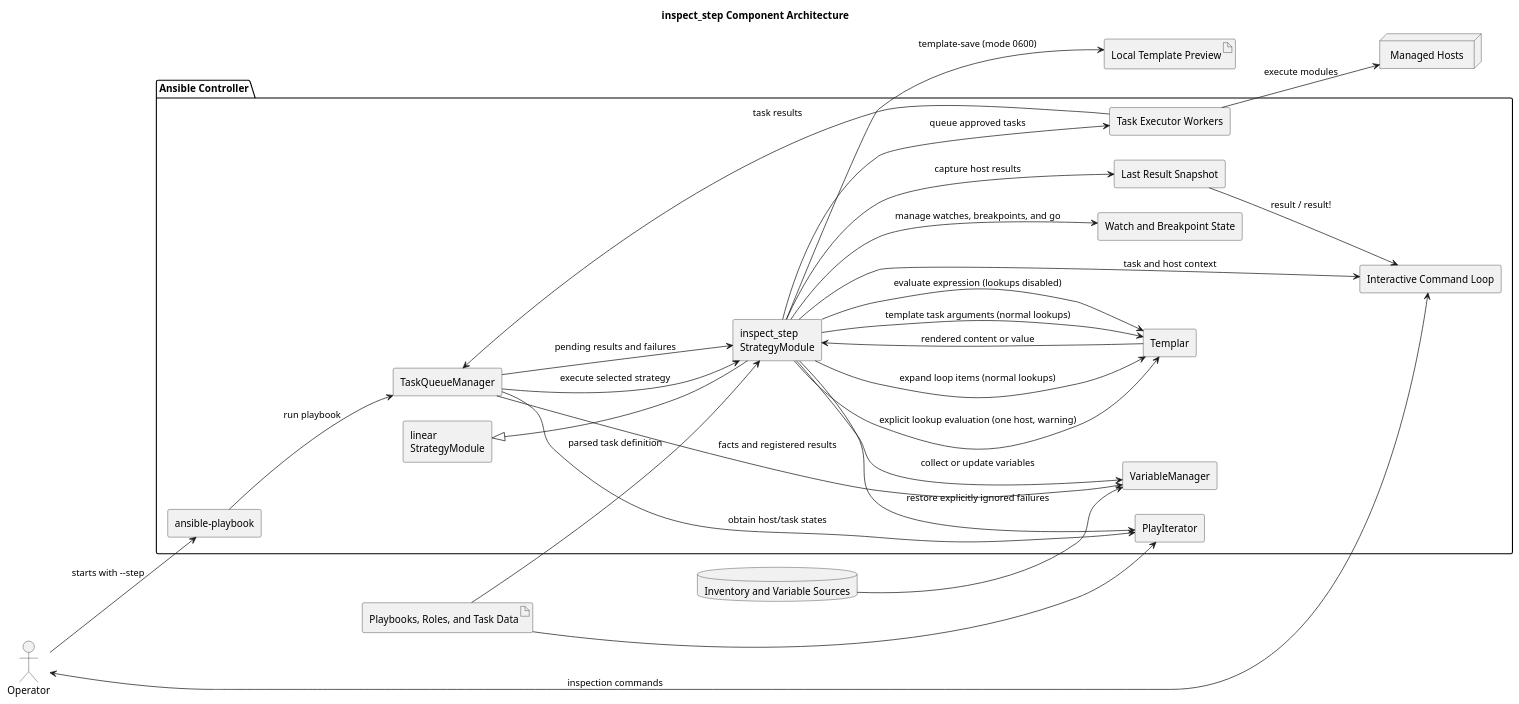
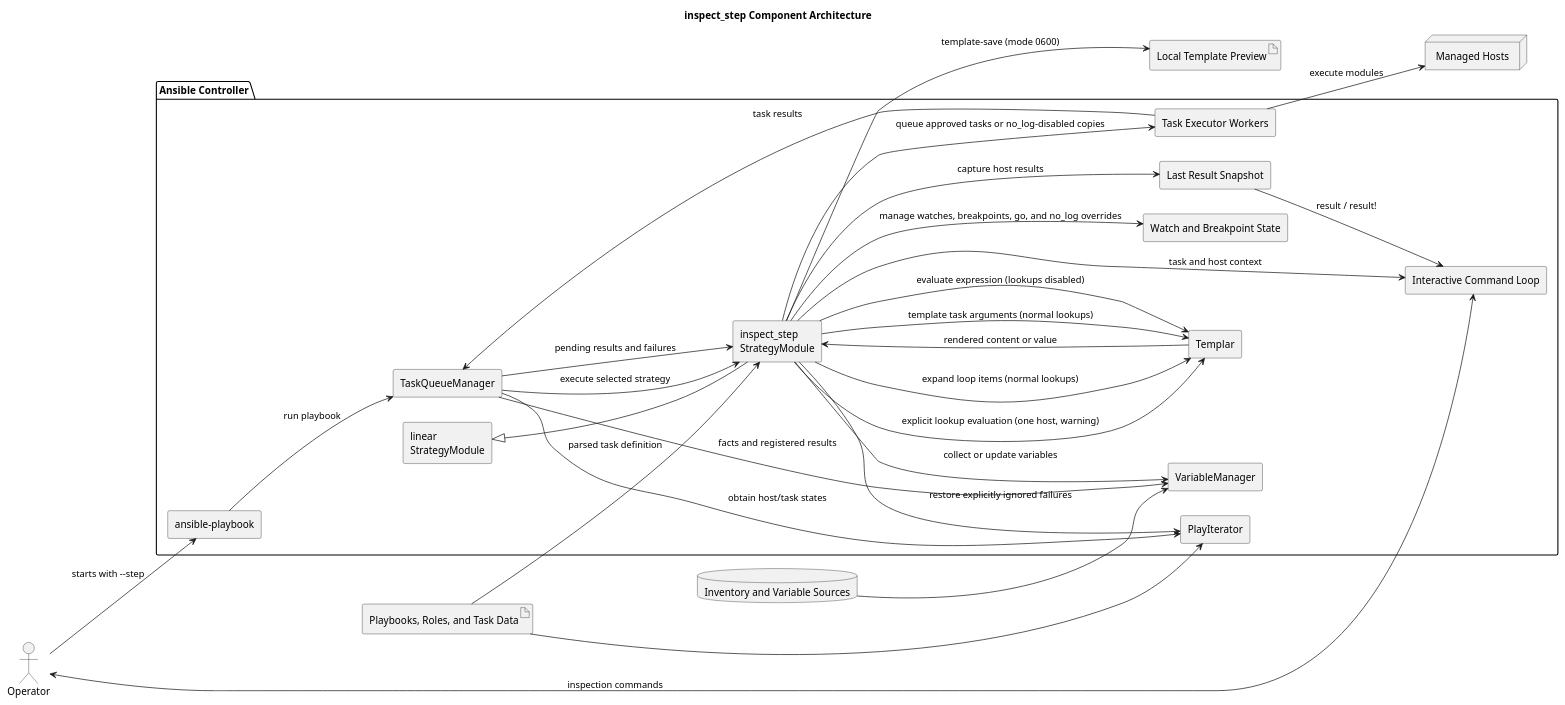
One commit to dtarasov7/ansible-debug changed the diagram in diagramms/architecture.puml. Above: the diagram before and after it, drawn with PlantUML. The commit also changed 12 other files, not shown here.

```diff
--- a/diagramms/architecture.puml
+++ b/diagramms/architecture.puml
@@ -1,56 +1,56 @@
 @startuml
 title inspect_step Component Architecture
 
 left to right direction
 skinparam componentStyle rectangle
 skinparam shadowing false
 
 actor "Operator" as Operator
 
 package "Ansible Controller" {
   component "ansible-playbook" as CLI
   component "TaskQueueManager" as TQM
   component "PlayIterator" as Iterator
   component "linear\nStrategyModule" as Linear
   component "inspect_step\nStrategyModule" as Inspector
   component "Interactive Command Loop" as Prompt
   component "Watch and Breakpoint State" as DebugState
   component "Last Result Snapshot" as ResultState
   component "VariableManager" as Variables
   component "Templar" as Templar
   component "Task Executor Workers" as Workers
 }
 
 database "Inventory and Variable Sources" as Inventory
 artifact "Playbooks, Roles, and Task Data" as Sources
 artifact "Local Template Preview" as Preview
 node "Managed Hosts" as Hosts
 
 Operator --> CLI : starts with --step
 Operator <--> Prompt : inspection commands
 CLI --> TQM : run playbook
 TQM --> Iterator : obtain host/task states
 TQM --> Inspector : execute selected strategy
 Linear <|-- Inspector
 Inspector --> Prompt : task and host context
-Inspector --> DebugState : manage watches, breakpoints, and go
+Inspector --> DebugState : manage watches, breakpoints, go, and no_log overrides
 Inspector --> Variables : collect or update variables
 Inspector --> Templar : template task arguments (normal lookups)
 Inspector --> Templar : evaluate expression (lookups disabled)
 Inspector --> Templar : explicit lookup evaluation (one host, warning)
 Inspector --> Templar : expand loop items (normal lookups)
 Templar --> Inspector : rendered content or value
 Inspector --> Preview : template-save (mode 0600)
-Inspector --> Workers : queue approved tasks
+Inspector --> Workers : queue approved tasks or no_log-disabled copies
 Inventory --> Variables
 Sources --> Iterator
 Sources --> Inspector : parsed task definition
 Workers --> Hosts : execute modules
 Workers --> TQM : task results
 TQM --> Inspector : pending results and failures
 Inspector --> ResultState : capture host results
 ResultState --> Prompt : result / result!
 Inspector --> Iterator : restore explicitly ignored failures
 TQM --> Variables : facts and registered results
 
 @enduml
```
